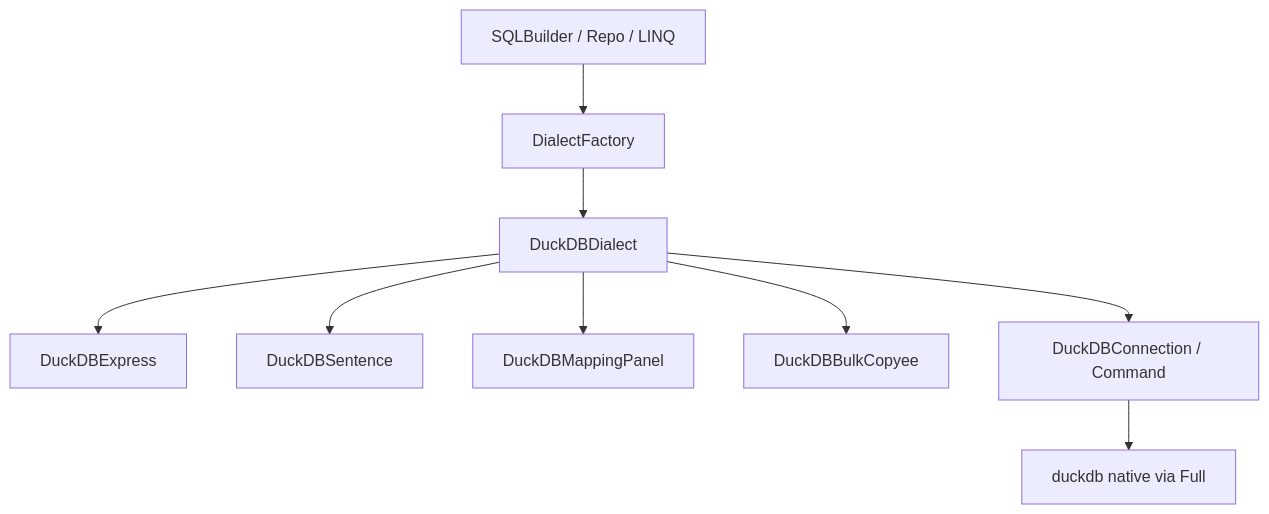
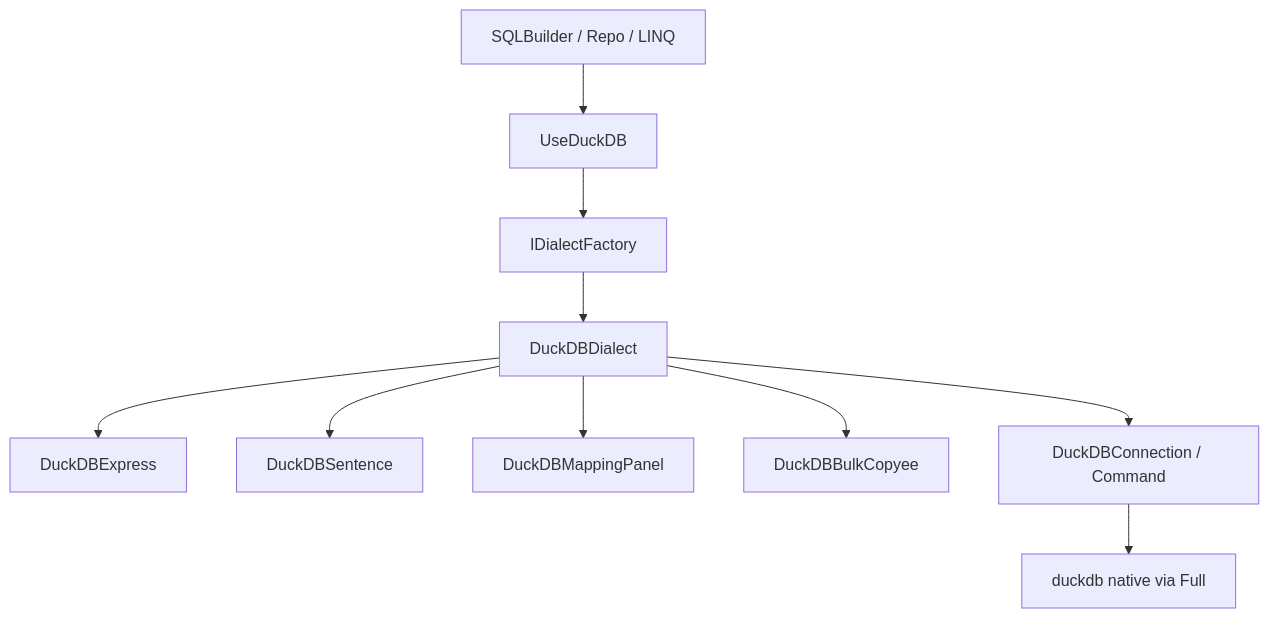
The diagram in doc/design/features/方言/DuckDB-方言适配.md (sailuosi/mooSQL), drawn with Mermaid before and after one commit. The commit also changed other lines of this file and 5 other files, not shown here.

````diff
--- a/doc/design/features/方言/DuckDB-方言适配.md
+++ b/doc/design/features/方言/DuckDB-方言适配.md
@@ -252,19 +240,20 @@
 ```mermaid
 flowchart TB
   App[SQLBuilder / Repo / LINQ]
-  Factory[DialectFactory]
+  Use[UseDuckDB]
+  Factory[IDialectFactory]
   Dia[DuckDBDialect]
   Express[DuckDBExpress]
   Sent[DuckDBSentence]
   Map[DuckDBMappingPanel]
   Bulk[DuckDBBulkCopyee]
   ADO[DuckDBConnection / Command]
   Native[duckdb native via Full]
 
-  App --> Factory --> Dia
+  App --> Use --> Factory --> Dia
   Dia --> Express
   Dia --> Sent
   Dia --> Map
   Dia --> Bulk
   Dia --> ADO --> Native
 ```
````
